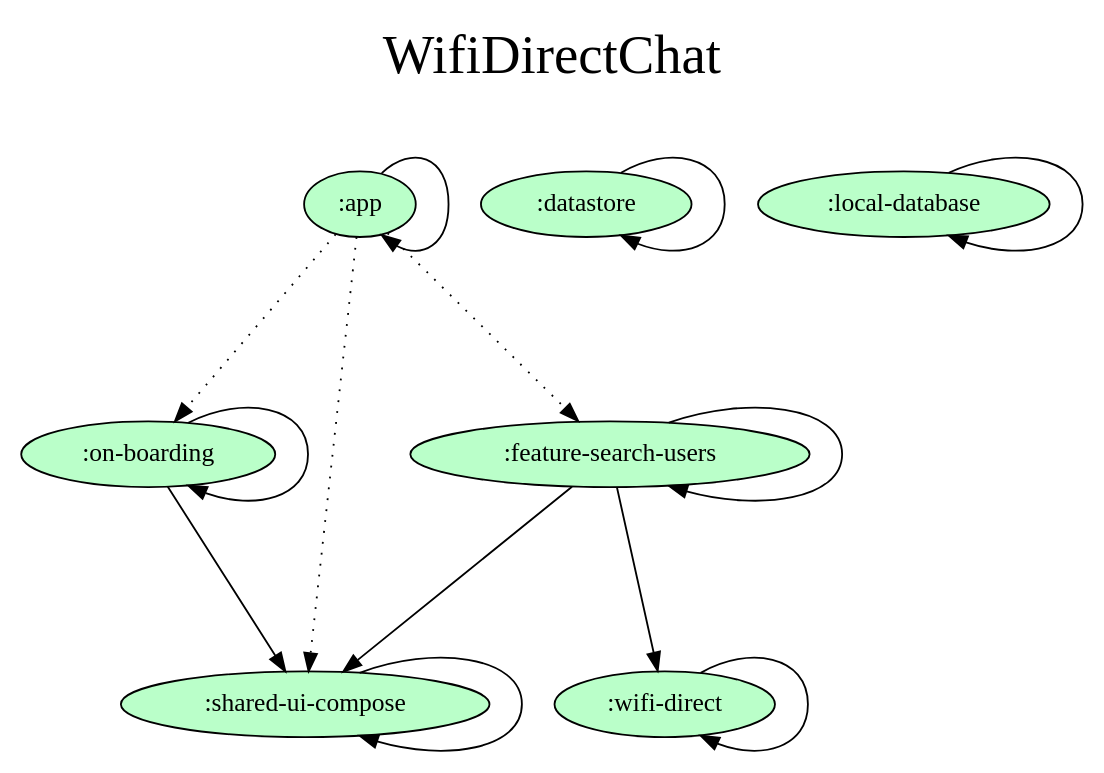
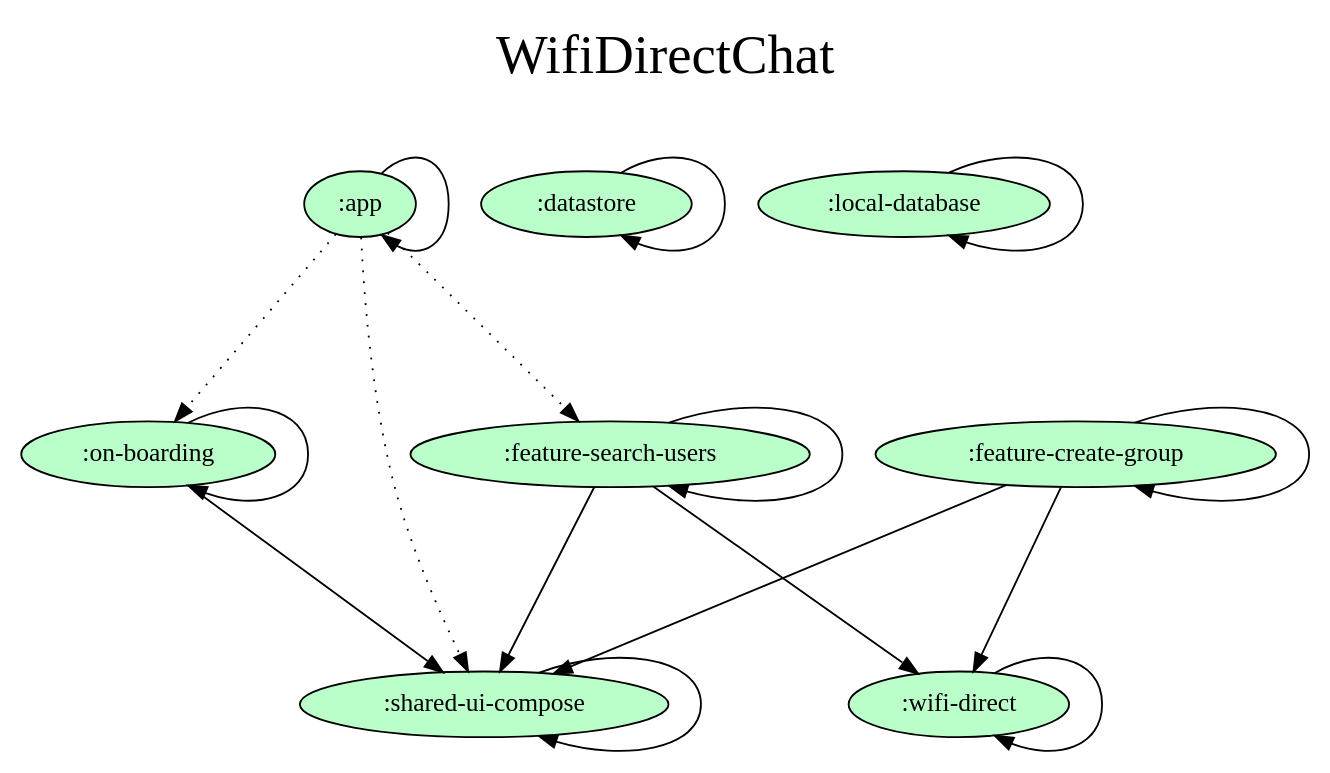
The diagram in dependency-graph/project.dot (SilvVF/wd-chat), drawn with Graphviz before and after one commit. The commit also changed 20 other files, not shown here.

```diff
--- a/dependency-graph/project.dot
+++ b/dependency-graph/project.dot
@@ -1,33 +1,37 @@
 digraph {
   graph [label="WifiDirectChat\n ",labelloc=t,fontsize=30,ranksep=1.4];
   node [style=filled, fillcolor="#bbbbbb"];
   rankdir=TB;
 
   # Projects
 
   ":app" [fillcolor="#baffc9"];
   ":datastore" [fillcolor="#baffc9"];
+  ":feature-create-group" [fillcolor="#baffc9"];
   ":feature-search-users" [fillcolor="#baffc9"];
   ":local-database" [fillcolor="#baffc9"];
   ":on-boarding" [fillcolor="#baffc9"];
   ":shared-ui-compose" [fillcolor="#baffc9"];
   ":wifi-direct" [fillcolor="#baffc9"];
 
   {rank = same;}
 
   # Dependencies
 
   ":app" -> ":app"
   ":app" -> ":on-boarding" [style=dotted]
   ":app" -> ":shared-ui-compose" [style=dotted]
   ":app" -> ":feature-search-users" [style=dotted]
   ":shared-ui-compose" -> ":shared-ui-compose"
+  ":feature-create-group" -> ":shared-ui-compose"
+  ":feature-create-group" -> ":wifi-direct"
+  ":feature-create-group" -> ":feature-create-group"
   ":datastore" -> ":datastore"
   ":feature-search-users" -> ":shared-ui-compose"
   ":feature-search-users" -> ":wifi-direct"
   ":feature-search-users" -> ":feature-search-users"
   ":on-boarding" -> ":shared-ui-compose"
   ":on-boarding" -> ":on-boarding"
   ":wifi-direct" -> ":wifi-direct"
   ":local-database" -> ":local-database"
 }
```
